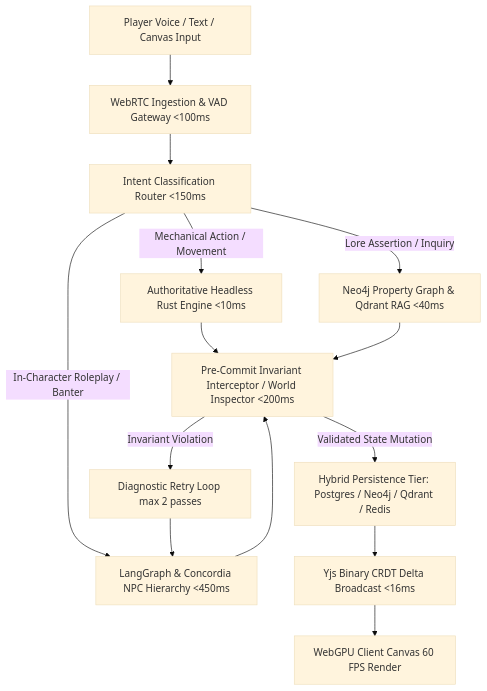
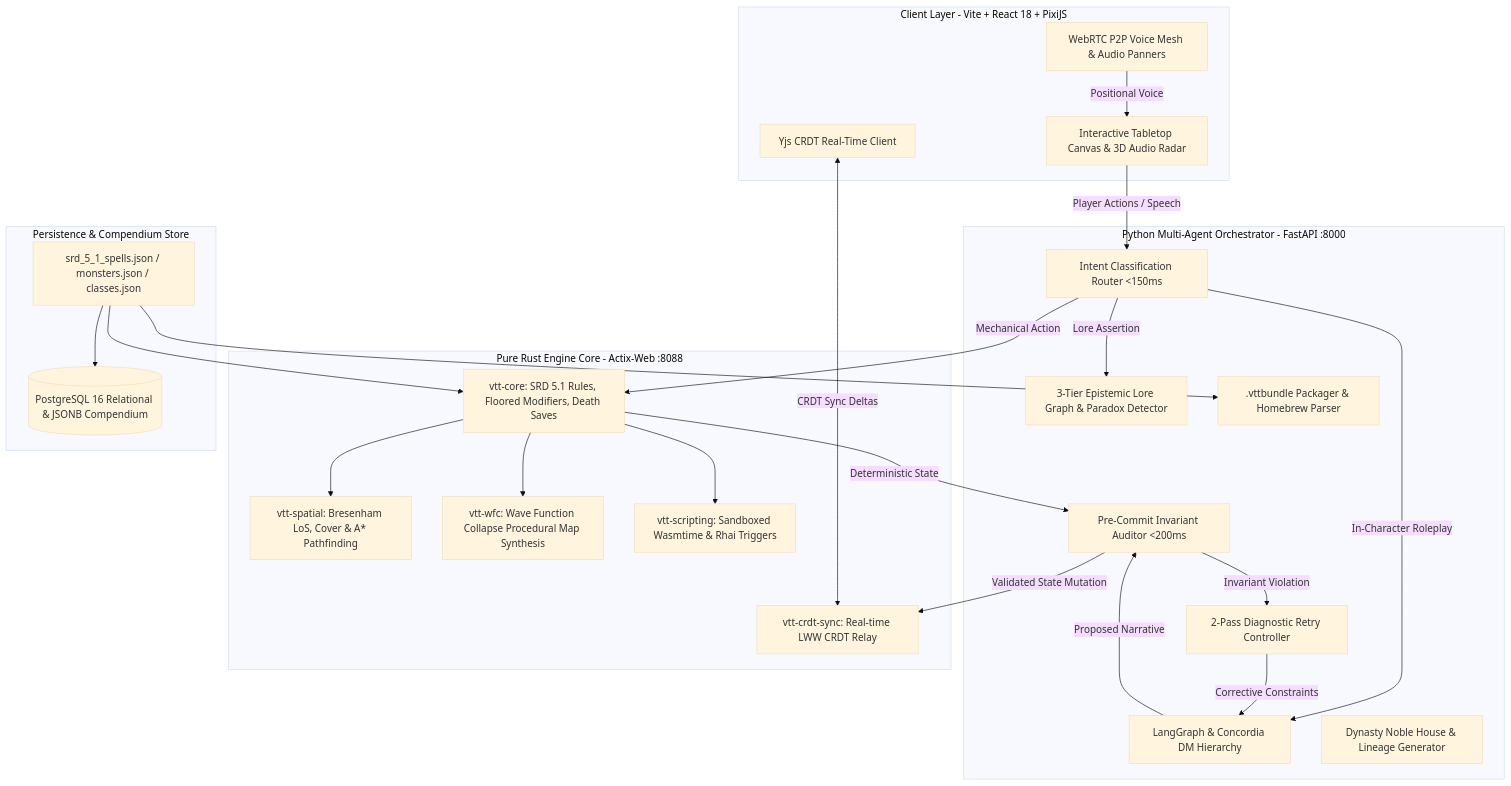
The diagram in README.md (Heretek-AI/AetherTable), drawn with Mermaid (base theme) before and after one commit. The commit also changed other lines of this file and 10 other files, not shown here.

Commit message:
docs: comprehensive master README, AGENTS.md, CLAUDE.md, GEMINI.md, vtt-architecture skill, SEO metadata, and enriched code comments

````diff
--- a/README.md
+++ b/README.md
@@ -9,20 +22,53 @@
 ```mermaid
 graph TD
-    A[Player Voice / Text / Canvas Input] --> B[WebRTC Ingestion & VAD Gateway <100ms]
-    B --> C[Intent Classification Router <150ms]
-    
-    C -->|Mechanical Action / Movement| D[Authoritative Headless Rust Engine <10ms]
-    C -->|Lore Assertion / Inquiry| E[Neo4j Property Graph & Qdrant RAG <40ms]
-    C -->|In-Character Roleplay / Banter| F[LangGraph & Concordia NPC Hierarchy <450ms]
-    
-    D --> G[Pre-Commit Invariant Interceptor / World Inspector <200ms]
-    E --> G
-    F --> G
-    
-    G -->|Invariant Violation| H[Diagnostic Retry Loop max 2 passes]
-    H --> F
-    
-    G -->|Validated State Mutation| I[Hybrid Persistence Tier: Postgres / Neo4j / Qdrant / Redis]
-    I --> J[Yjs Binary CRDT Delta Broadcast <16ms]
-    J --> K[WebGPU Client Canvas 60 FPS Render]
+    subgraph Client_Layer [Client Layer - Vite + React 18 + PixiJS]
+        UI[Interactive Tabletop Canvas & 3D Audio Radar]
+        WebRTC[WebRTC P2P Voice Mesh & Audio Panners]
+        CRDTClient[Yjs CRDT Real-Time Client]
+    end
+
+    subgraph Orchestrator_Layer [Python Multi-Agent Orchestrator - FastAPI :8000]
+        IntentRouter[Intent Classification Router <150ms]
+        DMHierarchy[LangGraph & Concordia DM Hierarchy]
+        Auditor[Pre-Commit Invariant Auditor <200ms]
+        RetryController[2-Pass Diagnostic Retry Controller]
+        LoreGraph[3-Tier Epistemic Lore Graph & Paradox Detector]
+        DynastyEngine[Dynasty Noble House & Lineage Generator]
+        BundlePackager[.vttbundle Packager & Homebrew Parser]
+    end
+
+    subgraph Authoritative_Core [Pure Rust Engine Core - Actix-Web :8088]
+        RulesEngine[vtt-core: SRD 5.1 Rules, Floored Modifiers, Death Saves]
+        SpatialEngine[vtt-spatial: Bresenham LoS, Cover & A* Pathfinding]
+        WFCEngine[vtt-wfc: Wave Function Collapse Procedural Map Synthesis]
+        CRDTServer[vtt-crdt-sync: Real-time LWW CRDT Relay]
+        ScriptingEngine[vtt-scripting: Sandboxed Wasmtime & Rhai Triggers]
+    end
+
+    subgraph Persistence_Layer [Persistence & Compendium Store]
+        Postgres[(PostgreSQL 16 Relational & JSONB Compendium)]
+        CompendiumJSON[srd_5_1_spells.json / monsters.json / classes.json]
+    end
+
+    UI -->|Player Actions / Speech| IntentRouter
+    WebRTC -->|Positional Voice| UI
+    CRDTClient <-->|CRDT Sync Deltas| CRDTServer
+
+    IntentRouter -->|Mechanical Action| RulesEngine
+    IntentRouter -->|Lore Assertion| LoreGraph
+    IntentRouter -->|In-Character Roleplay| DMHierarchy
+
+    DMHierarchy -->|Proposed Narrative| Auditor
+    RulesEngine -->|Deterministic State| Auditor
+    Auditor -->|Invariant Violation| RetryController
+    RetryController -->|Corrective Constraints| DMHierarchy
+    Auditor -->|Validated State Mutation| CRDTServer
+
+    RulesEngine --> SpatialEngine
+    RulesEngine --> WFCEngine
+    RulesEngine --> ScriptingEngine
+
+    CompendiumJSON --> Postgres
+    CompendiumJSON --> RulesEngine
+    CompendiumJSON --> BundlePackager
 ```
````
